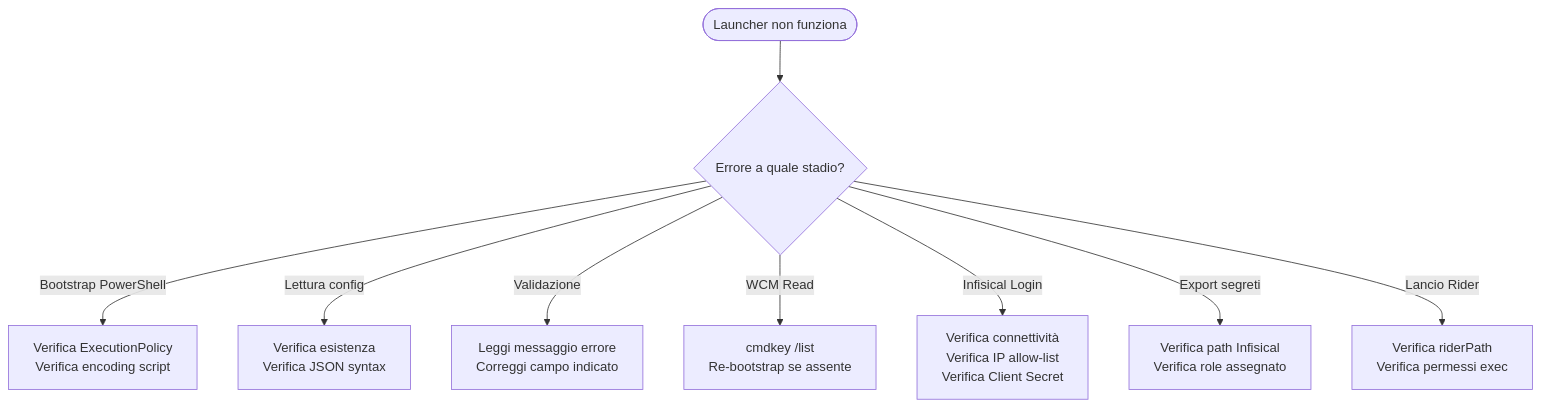
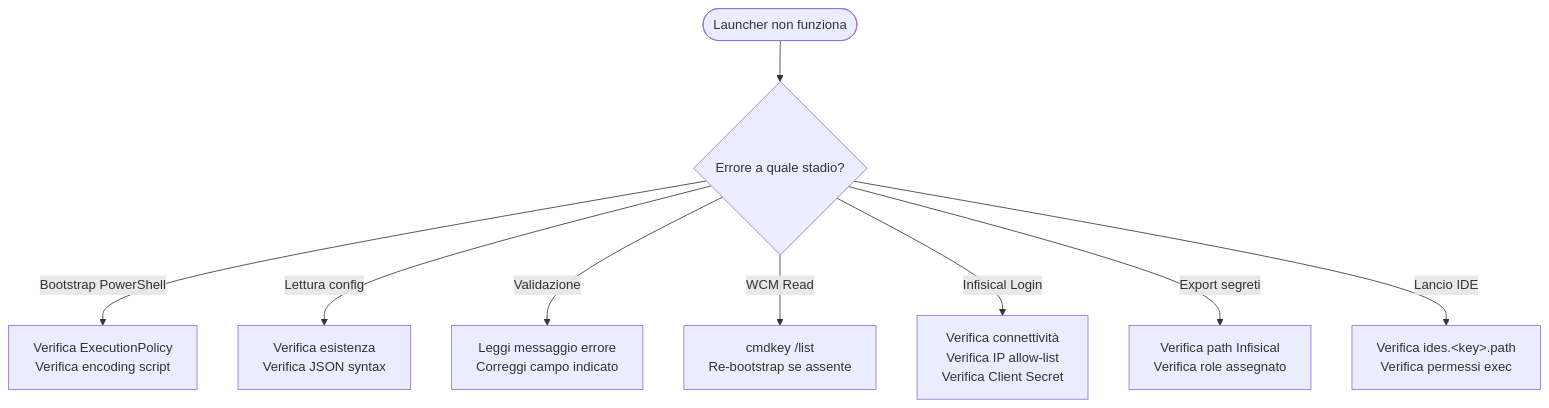
Before and after one commit to gargiolastech-core/gargiolastech-ai-tooling: diagram 17 of 21 in docs/DOCUMENTATION.md, drawn with Mermaid. The commit also changed other lines of this file, not shown here.

Commit message:
docs: Comprehensive update of `DOCUMENTATION.md` for v2.0 multi-IDE support

````diff
--- a/docs/DOCUMENTATION.md
+++ b/docs/DOCUMENTATION.md
@@ -2083,11 +2253,11 @@
 ```mermaid
 flowchart TD
     Issue([Launcher non funziona]) --> Q1{Errore a quale stadio?}
     Q1 -->|Bootstrap PowerShell| S1["Verifica ExecutionPolicy<br/>Verifica encoding script"]
     Q1 -->|Lettura config| S2["Verifica esistenza<br/>Verifica JSON syntax"]
     Q1 -->|Validazione| S3["Leggi messaggio errore<br/>Correggi campo indicato"]
     Q1 -->|WCM Read| S4["cmdkey /list<br/>Re-bootstrap se assente"]
     Q1 -->|Infisical Login| S5["Verifica connettività<br/>Verifica IP allow-list<br/>Verifica Client Secret"]
     Q1 -->|Export segreti| S6["Verifica path Infisical<br/>Verifica role assegnato"]
-    Q1 -->|Lancio Rider| S7["Verifica riderPath<br/>Verifica permessi exec"]
+    Q1 -->|Lancio IDE| S7["Verifica ides.&lt;key&gt;.path<br/>Verifica permessi exec"]
 ```
````
